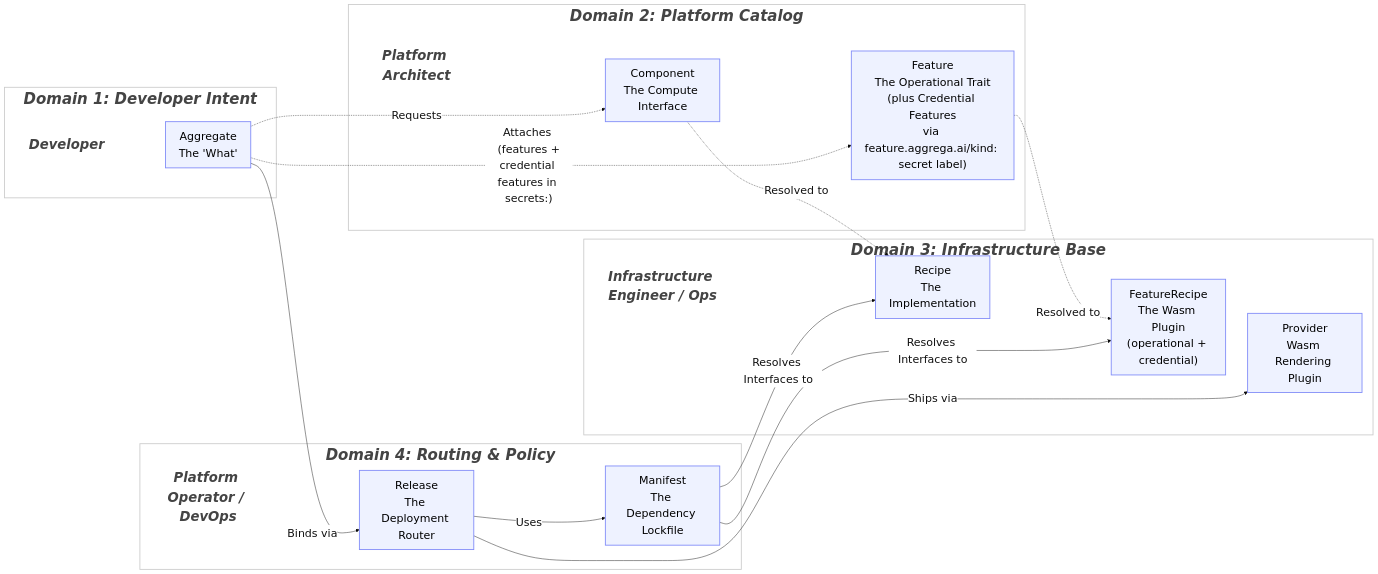
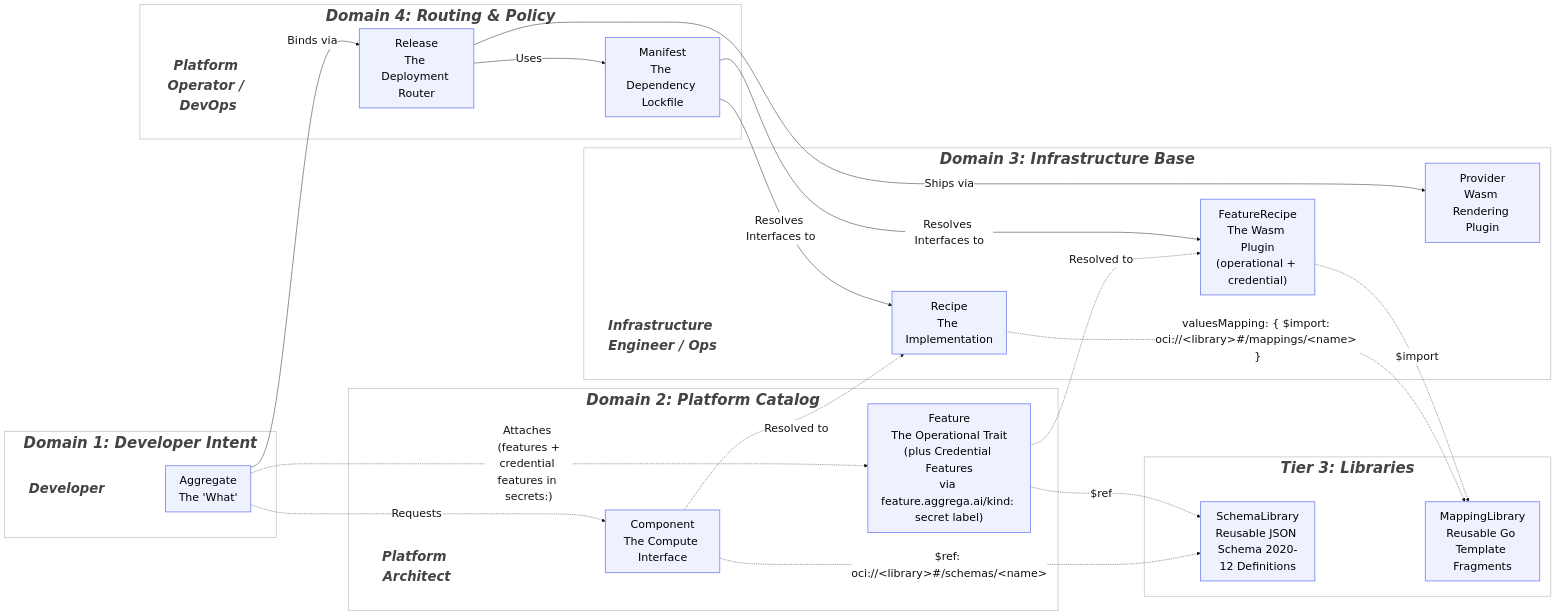
One commit to aggrega-ai/aggrega-docs changed the diagram in architecture/04-eight-entity-taxonomy.md. Above: the diagram before and after it, drawn with Mermaid. The commit also changed other lines of this file and 12 other files, not shown here.

Commit message:
docs(architecture): align chapters with current schema language and entity taxonomy

```diff
--- a/architecture/04-eight-entity-taxonomy.md
+++ b/architecture/04-eight-entity-taxonomy.md
@@ -5,69 +5,81 @@
 ~~~mermaid
 %%{
   init: {
     'theme': 'base',
     'themeVariables': {
       'fontSize': '25px',
       'fontFamily': 'sans-serif',
       'primaryTextColor': '#111',
       'edgeLabelBackground': '#ffffff',
       'clusterBkg': '#fafafa',
       'clusterBorder': '#cccccc'
     }
   }
 }%%
 graph LR
     classDef domain fill:transparent,stroke:#cccccc,stroke-width:2px,font-weight:bold,font-style:italic,font-size:34px,color:#444;
     classDef role fill:transparent,stroke:none,font-weight:bold,font-style:italic,font-size:30px,color:#444;
     classDef baseNode fill:#eef2ff,stroke:#818cf8,stroke-width:2px,font-size:25px,color:#000;
 
     subgraph D1 ["Domain 1: Developer Intent"]
         P1["Developer"]:::role
         A["Aggregate<br/>The 'What'"]:::baseNode
         P1 ~~~ A
     end
 
     subgraph D2 ["Domain 2: Platform Catalog"]
         P2["Platform Architect"]:::role
         CC["Component<br/>The Compute Interface"]:::baseNode
         CapC["Feature<br/>The Operational Trait<br/>(plus Credential Features<br/>via feature.aggrega.ai/kind: secret label)"]:::baseNode
         P2 ~~~ CC
         CC ~~~ CapC
     end
 
     subgraph D4 ["Domain 4: Routing & Policy"]
         P4["Platform Operator / DevOps"]:::role
         EB["Release<br/>The Deployment Router"]:::baseNode
         ENV["Manifest<br/>The Dependency Lockfile"]:::baseNode
         P4 ~~~ EB
         EB ~~~ ENV
     end
 
     subgraph D3 ["Domain 3: Infrastructure Base"]
         P3["Infrastructure Engineer / Ops"]:::role
         CD["Recipe<br/>The Implementation"]:::baseNode
         CapD["FeatureRecipe<br/>The Wasm Plugin<br/>(operational + credential)"]:::baseNode
         T["Provider<br/>Wasm Rendering Plugin"]:::baseNode
         P3 ~~~ CD
         CD ~~~ CapD
         CapD ~~~ T
     end
 
+    subgraph DL ["Tier 3: Libraries"]
+        SL["SchemaLibrary<br/>Reusable JSON Schema 2020-12 Definitions"]:::baseNode
+        ML["MappingLibrary<br/>Reusable Go Template Fragments"]:::baseNode
+        SL ~~~ ML
+    end
+
     %% Logical Flow Connections
     A -.->|"Requests"| CC
     A -.->|"Attaches (features +<br/>credential features in secrets:)"| CapC
     A -->|"Binds via"| EB
 
     CC -.->|"Resolved to"| CD
     CapC -.->|"Resolved to"| CapD
 
     EB -->|"Uses"| ENV
-    
+
     ENV -->|"Resolves Interfaces to"| CD
     ENV -->|"Resolves Interfaces to"| CapD
-    
+
     EB -->|"Ships via"| T
 
+    %% Library references (Tier 3 — opt-in for catalogs needing cross-Component reuse)
+    CC -.->|"$ref: oci://&lt;library&gt;#/schemas/&lt;name&gt;"| SL
+    CapC -.->|"$ref"| SL
+    CD -.->|"valuesMapping: { $import: oci://&lt;library&gt;#/mappings/&lt;name&gt; }"| ML
+    CapD -.->|"$import"| ML
+
     %% Apply the domain class to the subgraphs
-    class D1,D2,D3,D4 domain;
+    class D1,D2,D3,D4,DL domain;
 ~~~
```
